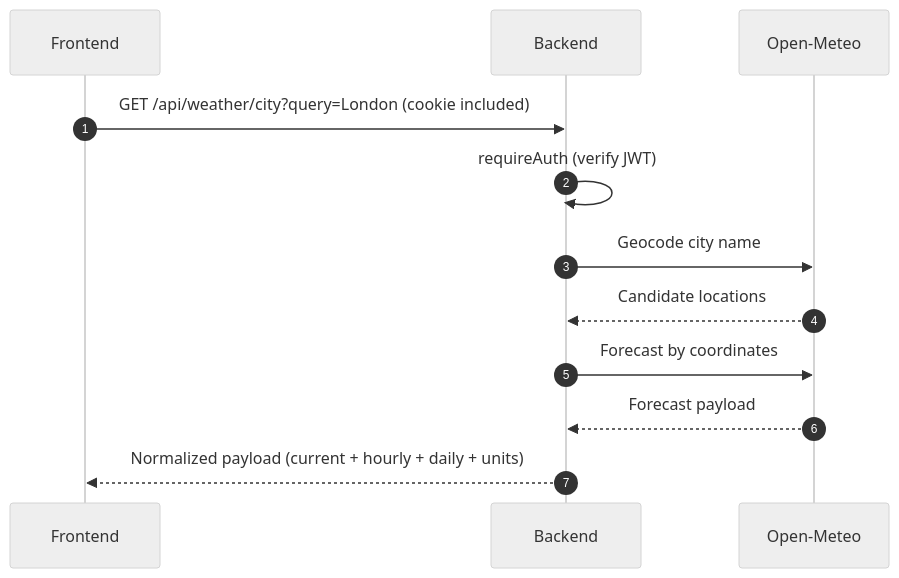
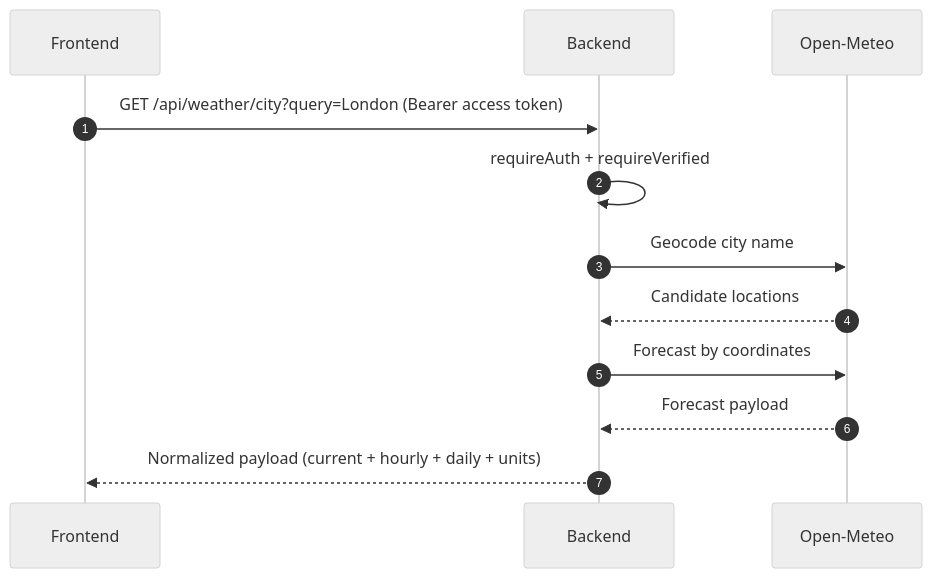
Before and after one commit to AnirudhCS-SASTRA2020/MERN-Weather-Application: the sixth of 9 diagrams in docs/FLOWS_AND_DIAGRAMS.md, drawn with Mermaid (neutral theme). The commit also changed other lines of this file and 38 other files, not shown here.

````diff
--- a/docs/FLOWS_AND_DIAGRAMS.md
+++ b/docs/FLOWS_AND_DIAGRAMS.md
@@ -126,15 +159,15 @@
 ```mermaid
 sequenceDiagram
   autonumber
   participant FE as Frontend
   participant BE as Backend
   participant OM as Open‑Meteo
 
-  FE->>BE: GET /api/weather/city?query=London (cookie included)
-  BE->>BE: requireAuth (verify JWT)
+  FE->>BE: GET /api/weather/city?query=London (Bearer access token)
+  BE->>BE: requireAuth + requireVerified
   BE->>OM: Geocode city name
   OM-->>BE: Candidate locations
   BE->>OM: Forecast by coordinates
   OM-->>BE: Forecast payload
   BE-->>FE: Normalized payload (current + hourly + daily + units)
 ```
````
